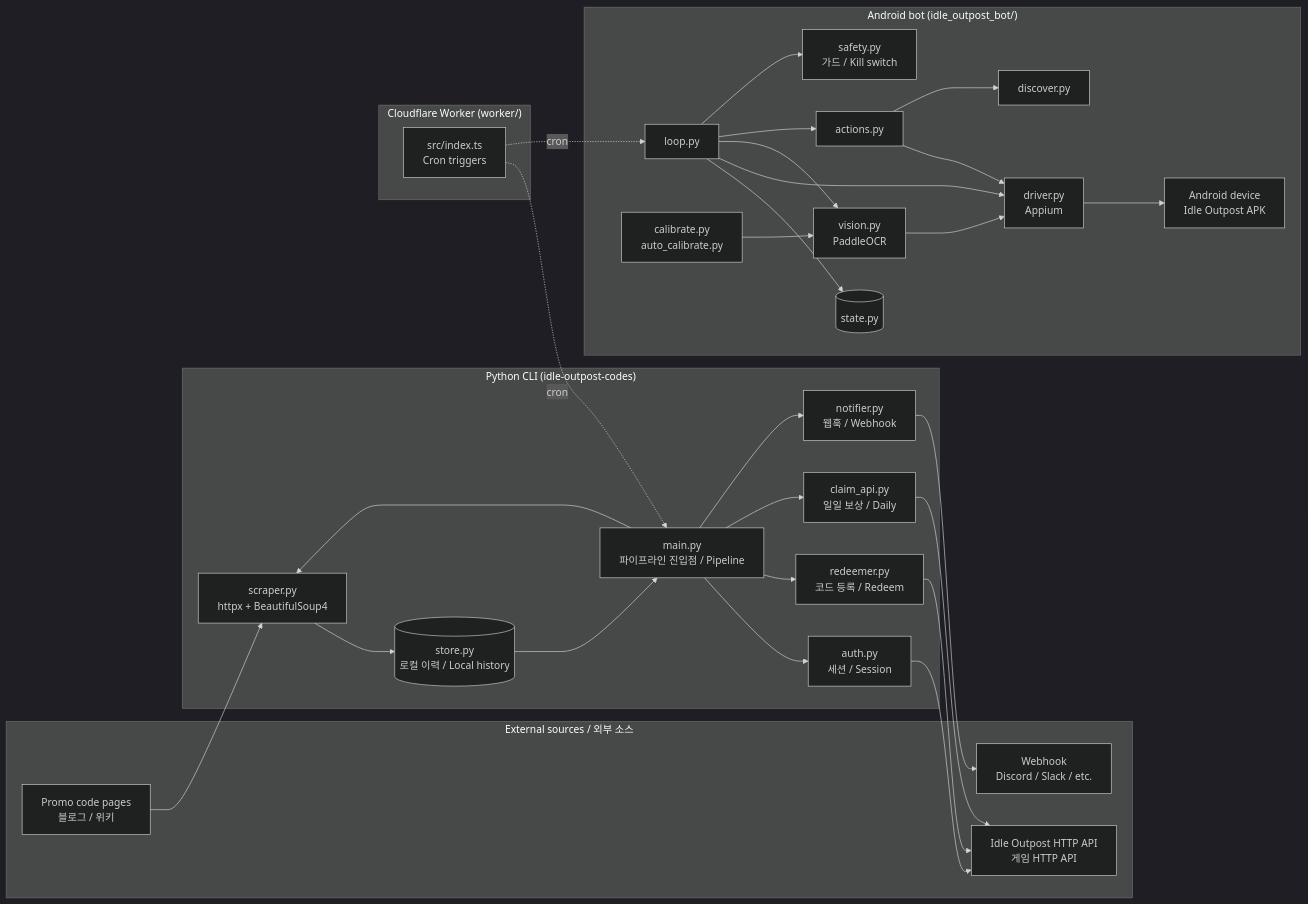
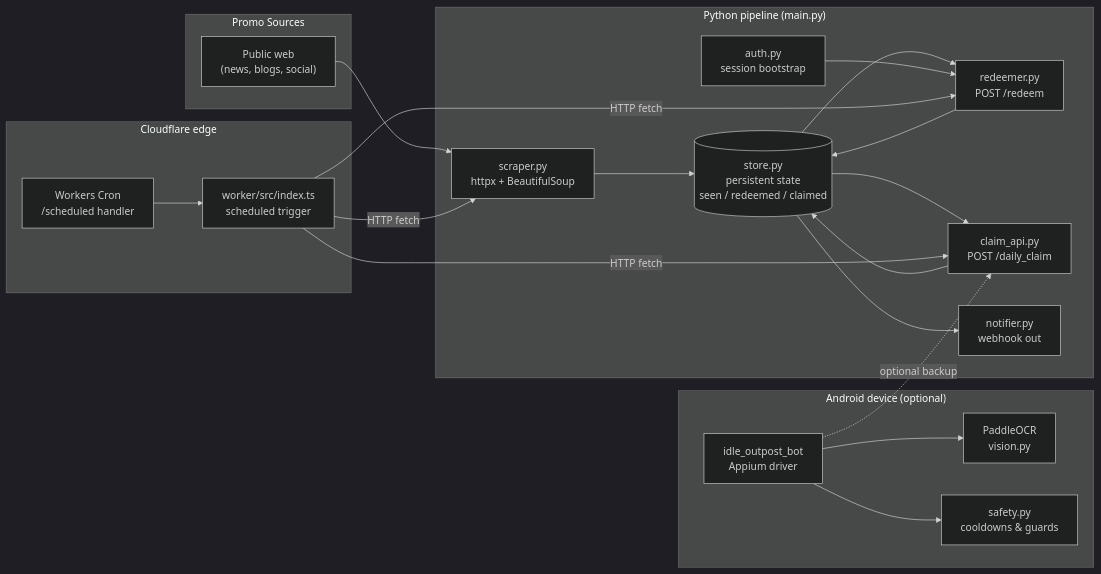
One commit to jclee941/idle-outpost changed the diagram in README.md. Above: the diagram before and after it, drawn with Mermaid (dark theme). The commit also changed other lines of this file, not shown here.

Commit message:
docs: auto-update README.md (#372)

````diff
--- a/README.md
+++ b/README.md
@@ -46,61 +83,42 @@
 ```mermaid
 flowchart LR
-  subgraph Ext["External sources / 외부 소스"]
-    Web["Promo code pages<br/>블로그 / 위키"]
-    GameAPI["Idle Outpost HTTP API<br/>게임 HTTP API"]
-    Webhook["Webhook<br/>Discord / Slack / etc."]
-  end
+    subgraph Sources["Promo Sources"]
+        WEB["Public web<br/>(news, blogs, social)"]
+    end
 
-  subgraph Py["Python CLI (idle-outpost-codes)"]
-    Scraper["scraper.py<br/>httpx + BeautifulSoup4"]
-    Auth["auth.py<br/>세션 / Session"]
-    Redeemer["redeemer.py<br/>코드 등록 / Redeem"]
-    Claim["claim_api.py<br/>일일 보상 / Daily"]
-    Store[("store.py<br/>로컬 이력 / Local history")]
-    Notifier["notifier.py<br/>웹훅 / Webhook"]
-    Main["main.py<br/>파이프라인 진입점 / Pipeline"]
-  end
+    subgraph Pipeline["Python pipeline (main.py)"]
+        SCRAPER["scraper.py<br/>httpx + BeautifulSoup"]
+        STORE[("store.py<br/>persistent state<br/>seen / redeemed / claimed")]
+        AUTH["auth.py<br/>session bootstrap"]
+        REDEEMER["redeemer.py<br/>POST /redeem"]
+        CLAIM["claim_api.py<br/>POST /daily_claim"]
+        NOTIFIER["notifier.py<br/>webhook out"]
+    end
 
-  subgraph Edge["Cloudflare Worker (worker/)"]
-    Worker["src/index.ts<br/>Cron triggers"]
-  end
+    subgraph Edge["Cloudflare edge"]
+        WORKER["worker/src/index.ts<br/>scheduled trigger"]
+        CRON["Workers Cron<br/>/scheduled handler"]
+    end
 
-  subgraph Bot["Android bot (idle_outpost_bot/)"]
-    Loop["loop.py"]
-    State[("state.py")]
-    Driver["driver.py<br/>Appium"]
-    Vision["vision.py<br/>PaddleOCR"]
-    Actions["actions.py"]
-    Discover["discover.py"]
-    Safety["safety.py<br/>가드 / Kill switch"]
-    Calib["calibrate.py<br/>auto_calibrate.py"]
-    Device["Android device<br/>Idle Outpost APK"]
-  end
+    subgraph Device["Android device (optional)"]
+        BOT["idle_outpost_bot<br/>Appium driver"]
+        OCR["PaddleOCR<br/>vision.py"]
+        SAFE["safety.py<br/>cooldowns & guards"]
+    end
 
-  Web --> Scraper
-  Scraper --> Store
-  Main --> Scraper
-  Main --> Auth
-  Main --> Redeemer
-  Main --> Claim
-  Redeemer --> GameAPI
-  Claim --> GameAPI
-  Auth --> GameAPI
-  Store --> Main
-  Main --> Notifier
-  Notifier --> Webhook
-
-  Worker -.cron.-> Main
-  Worker -.cron.-> Loop
-
-  Loop --> State
-  Loop --> Driver
-  Loop --> Vision
-  Loop --> Actions
-  Loop --> Safety
-  Actions --> Driver
-  Actions --> Discover
-  Vision --> Driver
-  Driver --> Device
-  Calib --> Vision
+    WEB --> SCRAPER
+    SCRAPER --> STORE
+    STORE --> REDEEMER
+    AUTH --> REDEEMER
+    REDEEMER --> STORE
+    STORE --> CLAIM
+    CLAIM --> STORE
+    STORE --> NOTIFIER
+    CRON --> WORKER
+    WORKER -->|HTTP fetch| SCRAPER
+    WORKER -->|HTTP fetch| REDEEMER
+    WORKER -->|HTTP fetch| CLAIM
+    BOT --> OCR
+    BOT --> SAFE
+    BOT -.optional backup.-> CLAIM
 ```
````
